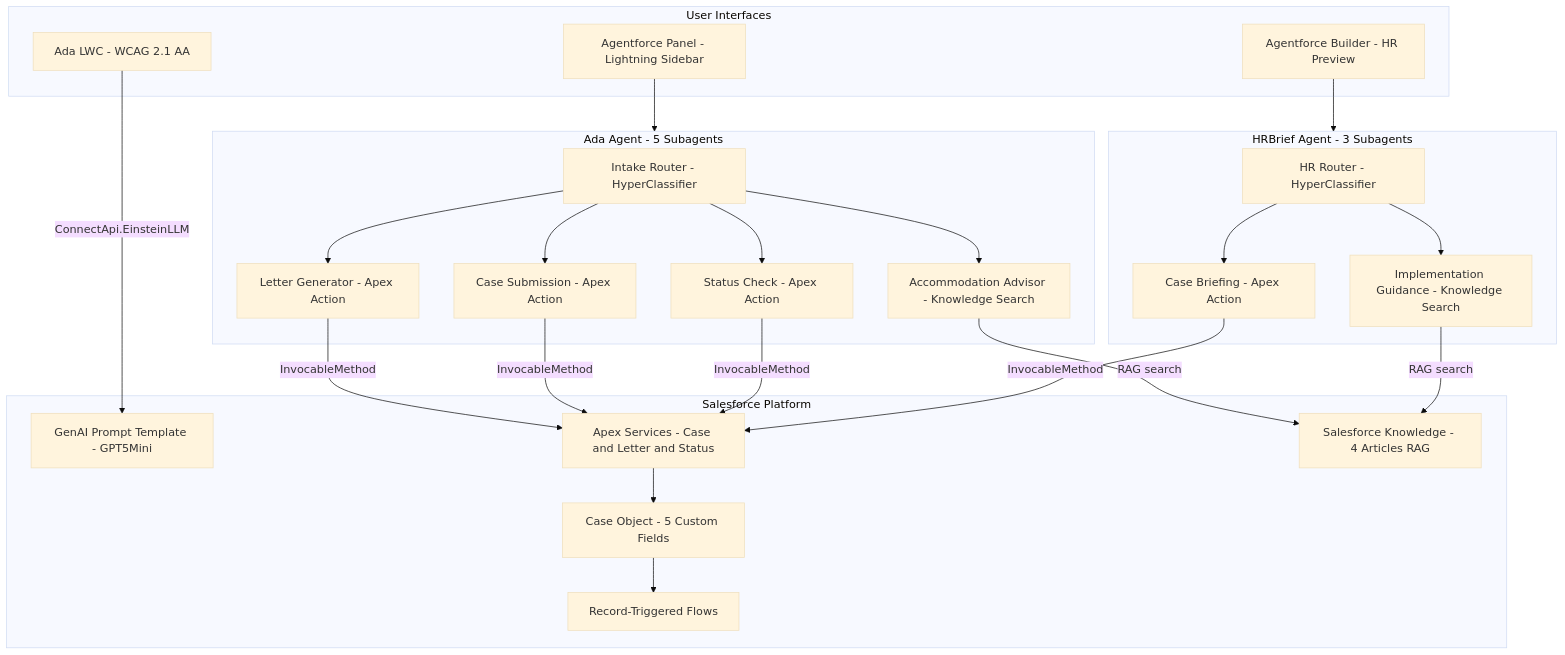
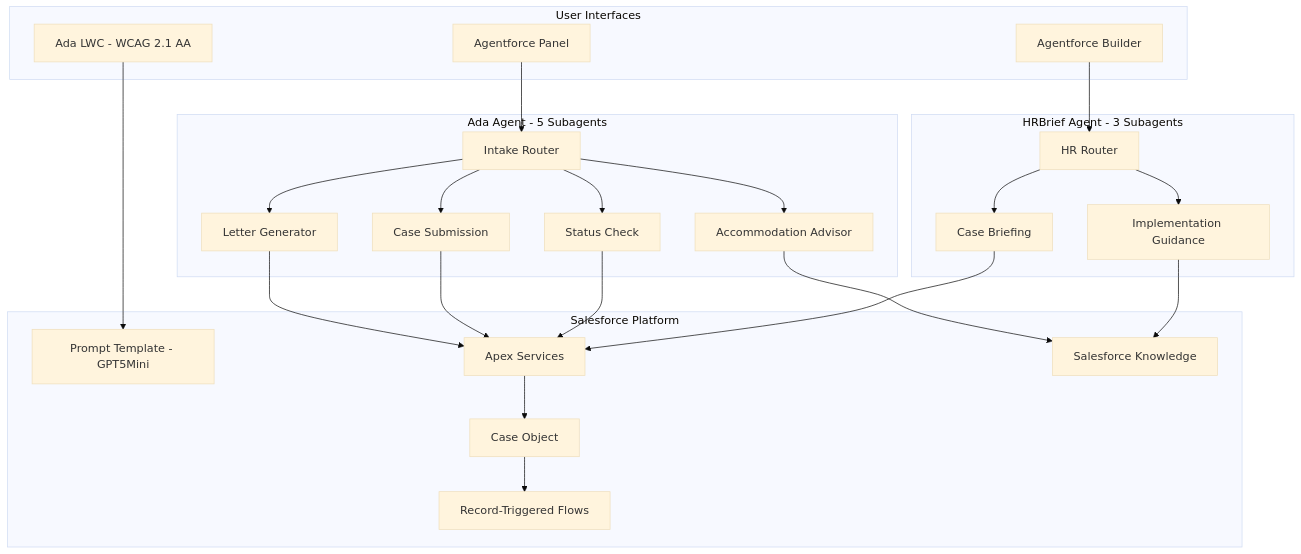
Before and after one commit to robinparfan-hub/df26-agentforce-advocate: the second of 2 diagrams in README.md, drawn with Mermaid (base theme). The commit also changed other lines of this file, not shown here.

Commit message:
Simplify Mermaid diagrams for broader GitHub compatibility

````diff
--- a/README.md
+++ b/README.md
@@ -34,48 +34,48 @@
 ```mermaid
-flowchart TD
-    subgraph UI[User Interfaces]
-        LWC[Ada LWC - WCAG 2.1 AA]
-        AP[Agentforce Panel - Lightning Sidebar]
-        BP[Agentforce Builder - HR Preview]
+graph TD
+    subgraph ui["User Interfaces"]
+        LWC["Ada LWC - WCAG 2.1 AA"]
+        AP["Agentforce Panel"]
+        BP["Agentforce Builder"]
     end
 
-    subgraph Ada[Ada Agent - 5 Subagents]
-        AR[Intake Router - HyperClassifier]
-        AA[Accommodation Advisor - Knowledge Search]
-        AL[Letter Generator - Apex Action]
-        AC[Case Submission - Apex Action]
-        AS[Status Check - Apex Action]
+    subgraph ada["Ada Agent - 5 Subagents"]
+        AR["Intake Router"]
+        AA["Accommodation Advisor"]
+        AL["Letter Generator"]
+        AC["Case Submission"]
+        AS["Status Check"]
     end
 
-    subgraph HRBrief[HRBrief Agent - 3 Subagents]
-        HR2[HR Router - HyperClassifier]
-        HB[Case Briefing - Apex Action]
-        HG[Implementation Guidance - Knowledge Search]
+    subgraph hrb["HRBrief Agent - 3 Subagents"]
+        HR2["HR Router"]
+        HB["Case Briefing"]
+        HG["Implementation Guidance"]
     end
 
-    subgraph Platform[Salesforce Platform]
-        PT[GenAI Prompt Template - GPT5Mini]
-        CLS[Apex Services - Case and Letter and Status]
-        FLW[Record-Triggered Flows]
-        OBJ[Case Object - 5 Custom Fields]
-        KNW[Salesforce Knowledge - 4 Articles RAG]
+    subgraph plat["Salesforce Platform"]
+        PT["Prompt Template - GPT5Mini"]
+        CLS["Apex Services"]
+        OBJ["Case Object"]
+        KNW["Salesforce Knowledge"]
+        FLW["Record-Triggered Flows"]
     end
 
-    LWC -->|ConnectApi.EinsteinLLM| PT
-    AP --> Ada
-    BP --> HRBrief
+    LWC --> PT
+    AP --> AR
+    BP --> HR2
     AR --> AA
     AR --> AL
     AR --> AC
     AR --> AS
-    AA -->|RAG search| KNW
-    AL -->|InvocableMethod| CLS
-    AC -->|InvocableMethod| CLS
-    AS -->|InvocableMethod| CLS
+    AA --> KNW
+    AL --> CLS
+    AC --> CLS
+    AS --> CLS
     CLS --> OBJ
     OBJ --> FLW
     HR2 --> HB
     HR2 --> HG
-    HB -->|InvocableMethod| CLS
-    HG -->|RAG search| KNW
+    HB --> CLS
+    HG --> KNW
 ```
````
